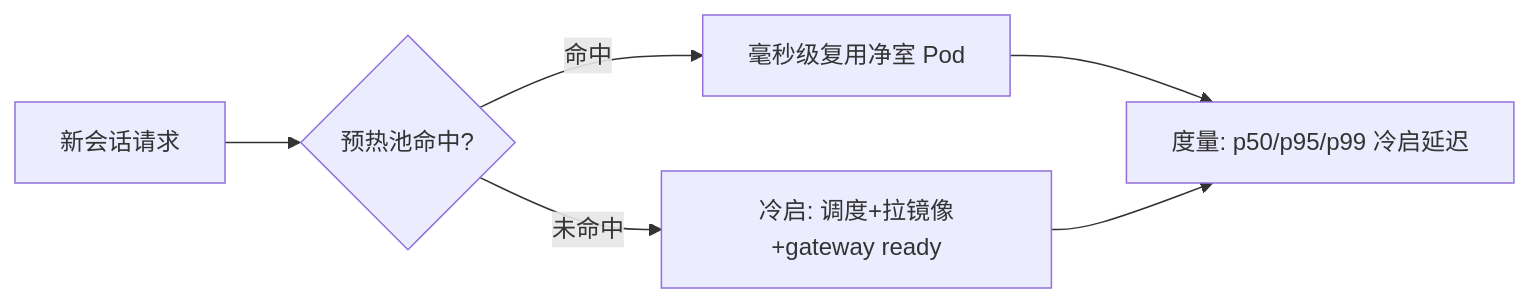
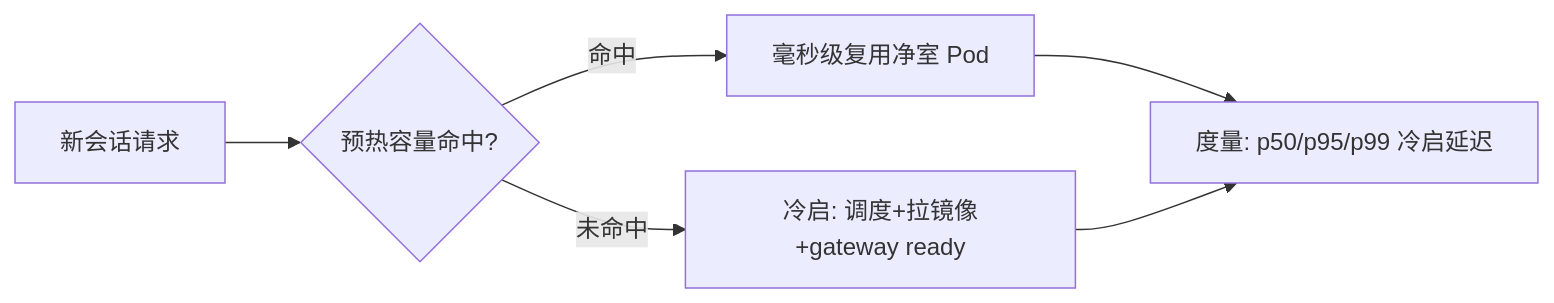
The seventh of 9 diagrams in 改造计划/16-测试策略与验收标准.md (edward-ng-duke/LobsterAI), drawn with Mermaid before and after one commit. The commit also changed other lines of this file and 22 other files, not shown here.

````diff
--- a/改造计划/16-测试策略与验收标准.md
+++ b/改造计划/16-测试策略与验收标准.md
@@ -404,7 +419,7 @@
 ```mermaid
 flowchart LR
-  REQ[新会话请求] --> CLAIM{预热池命中?}
+  REQ[新会话请求] --> CLAIM{预热容量命中?}
   CLAIM -- 命中 --> READY[毫秒级复用净室 Pod]
   CLAIM -- 未命中 --> BOOT[冷启: 调度+拉镜像+gateway ready]
   READY & BOOT --> MEASURE[度量: p50/p95/p99 冷启延迟]
 ```
````
